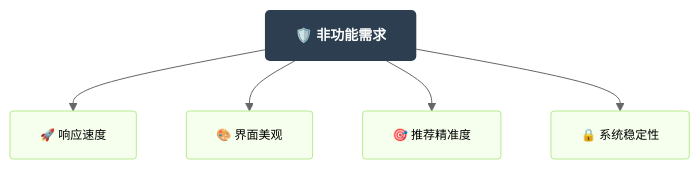
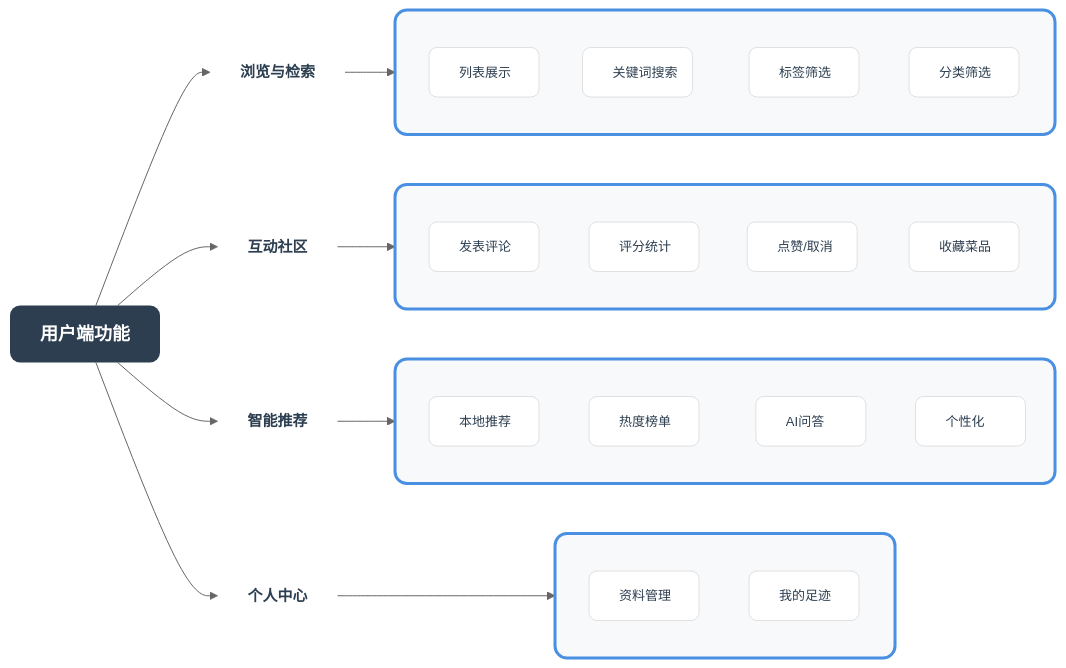
One commit to MoriSparkles/EatinginZJUT changed the third of 14 diagrams in README.md. Above: the diagram before and after it, drawn with Mermaid (neutral theme). The commit also changed other lines of this file, not shown here.

````diff
--- a/README.md
+++ b/README.md
@@ -548,20 +548,58 @@
 ```mermaid
-graph TD
-    NFRoot["🛡️ 非功能需求"]
+graph LR
+    UserRoot["用户端功能"]
     
-    N1["🚀 响应速度"]
-    N2["🎨 界面美观"]
-    N3["🎯 推荐精准度"]
-    N4["🔒 系统稳定性"]
+    BrowseTitle["浏览与检索"]
+    subgraph Browse [ ]
+        direction TB
+        B1["列表展示"]
+        B2["关键词搜索"]
+        B3["标签筛选"]
+        B4["分类筛选"]
+    end
     
-    NFRoot --> N1
-    NFRoot --> N2
-    NFRoot --> N3
-    NFRoot --> N4
+    InteractTitle["互动社区"]
+    subgraph Interact [ ]
+        direction TB
+        I1["发表评论"]
+        I2["评分统计"]
+        I3["点赞/取消"]
+        I4["收藏菜品"]
+    end
     
-    classDef rootStyle fill:#2c3e50,color:#fff,stroke:none,font-size:14px,font-weight:bold,rx:5px;
-    classDef itemStyle fill:#f6ffed,stroke:#b7eb8f,stroke-width:1px,font-size:12px,rx:3px;
+    RecTitle["智能推荐"]
+    subgraph Rec [ ]
+        direction TB
+        R1["本地推荐"]
+        R2["热度榜单"]
+        R3["AI问答"]
+        R4["个性化"]
+    end
     
-    class NFRoot rootStyle;
-    class N1,N2,N3,N4 itemStyle;
+    PersonalTitle["个人中心"]
+    subgraph Personal [ ]
+        direction TB
+        P1["资料管理"]
+        P2["我的足迹"]
+    end
+
+    UserRoot --> BrowseTitle
+    UserRoot --> InteractTitle
+    UserRoot --> RecTitle
+    UserRoot --> PersonalTitle
+    
+    BrowseTitle --> Browse
+    InteractTitle --> Interact
+    RecTitle --> Rec
+    PersonalTitle --> Personal
+    
+    classDef rootStyle fill:#2c3e50,color:#fff,stroke:none,font-size:18px,font-weight:bold,rx:10px,text-align:center;
+    classDef titleStyle fill:transparent,stroke:none,font-size:15px,font-weight:bold,color:#2c3e50,text-align:center;
+    classDef subContainerStyle fill:#f8f9fa,stroke:#4a90e2,stroke-width:3px,rx:12px,text-align:center;
+    classDef itemStyle fill:#ffffff,stroke:#e0e0e0,stroke-width:1px,font-size:13px,rx:8px,color:#2c3e50,width:110px,text-align:center,white-space:nowrap,overflow:hidden,text-overflow:ellipsis;
+    
+    class UserRoot rootStyle;
+    class BrowseTitle,InteractTitle,RecTitle,PersonalTitle titleStyle;
+    class Browse,Interact,Rec,Personal subContainerStyle;
+    class B1,B2,B3,B4,I1,I2,I3,I4,R1,R2,R3,R4,P1,P2 itemStyle;
 ```
````
